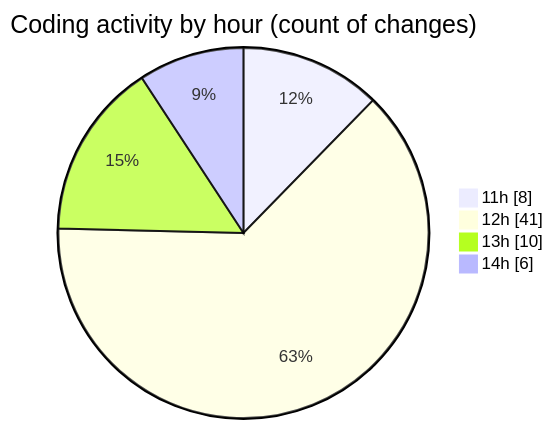
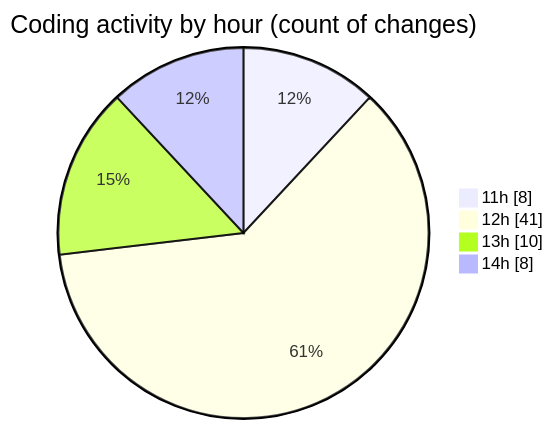
The second of 2 diagrams in 2025-05-04/project/README.md (BS-eng2023/code-tracking), drawn with Mermaid before and after one commit. The commit also changed other lines of this file and 1 other file, not shown here.

````diff
--- a/2025-05-04/project/README.md
+++ b/2025-05-04/project/README.md
@@ -46,8 +47,8 @@
 ```mermaid
 pie showData
 title Coding activity by hour (count of changes)
 "11h" : 8
 "12h" : 41
 "13h" : 10
-"14h" : 6
+"14h" : 8
 ```
````
